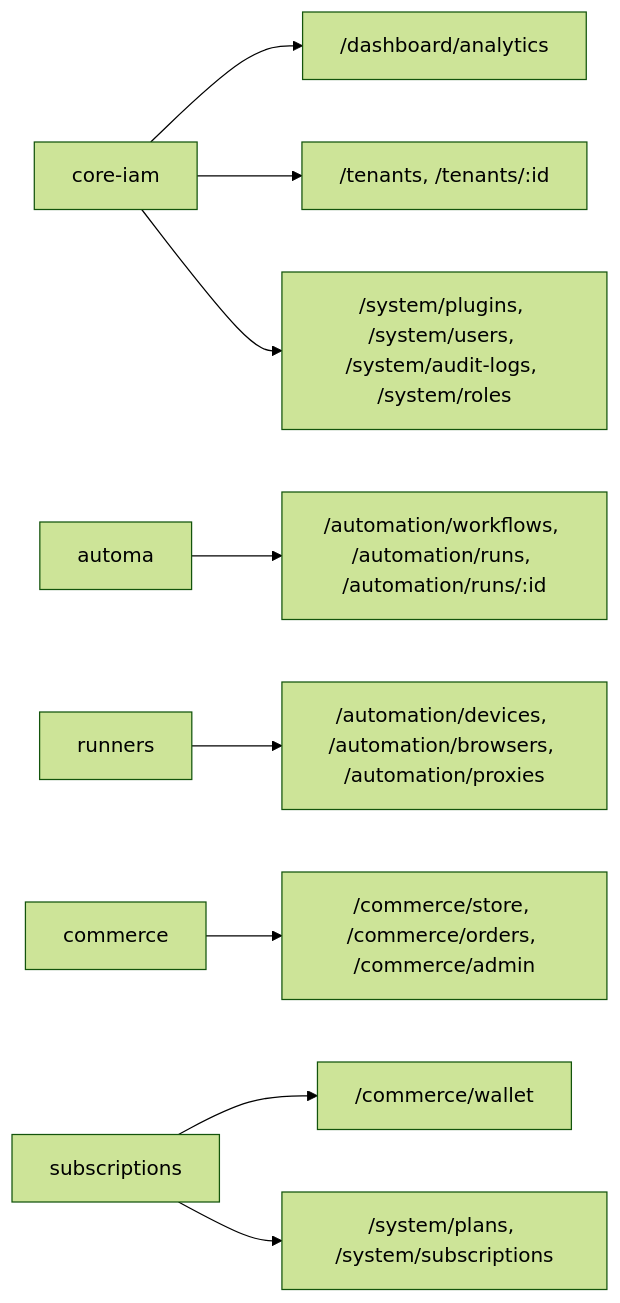
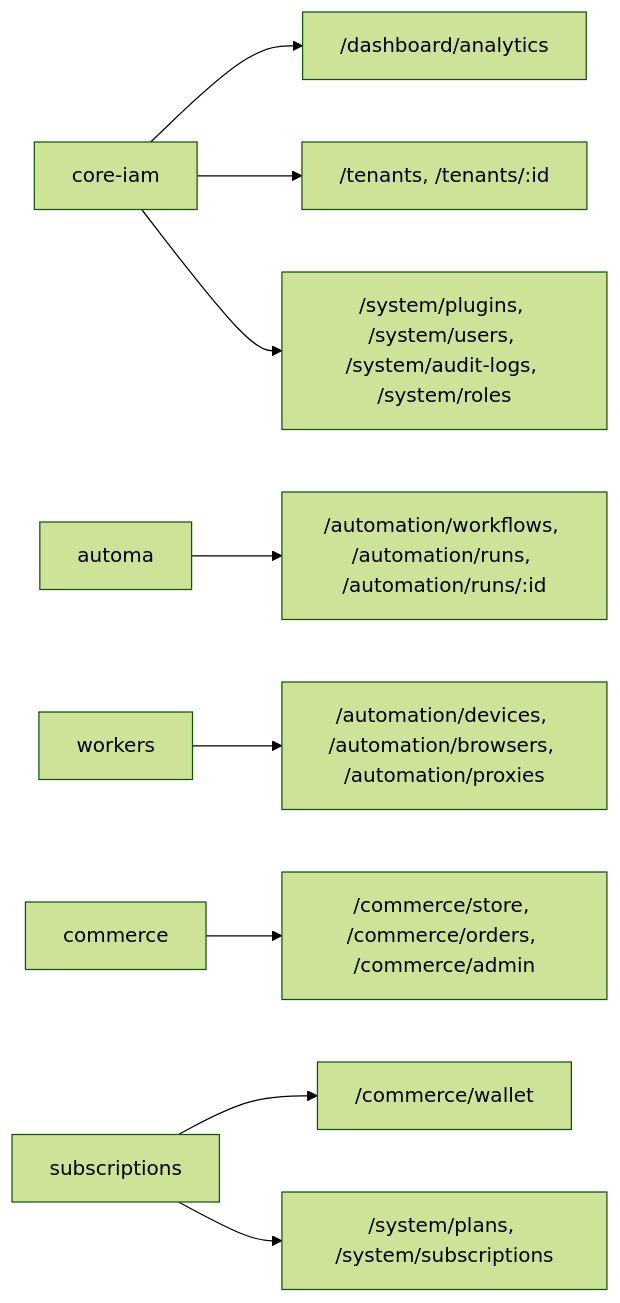
One commit to tuquet/docs changed the second of 2 diagrams in en/admin/architecture/overview.md. Above: the diagram before and after it, drawn with Mermaid (forest theme). The commit also changed other lines of this file and 41 other files, not shown here.

````diff
--- a/en/admin/architecture/overview.md
+++ b/en/admin/architecture/overview.md
@@ -116,11 +116,11 @@
 ```mermaid
 graph LR
     CoreIAM["core-iam"] --> D["/dashboard/analytics"]
     CoreIAM --> T["/tenants, /tenants/:id"]
     CoreIAM --> S1["/system/plugins, /system/users, /system/audit-logs, /system/roles"]
     Automa["automa"] --> A1["/automation/workflows, /automation/runs, /automation/runs/:id"]
-    Runners["runners"] --> A2["/automation/devices, /automation/browsers, /automation/proxies"]
+    Workers["workers"] --> A2["/automation/devices, /automation/browsers, /automation/proxies"]
     Commerce["commerce"] --> C1["/commerce/store, /commerce/orders, /commerce/admin"]
     Subs["subscriptions"] --> C2["/commerce/wallet"]
     Subs --> S2["/system/plans, /system/subscriptions"]
 ```
````
